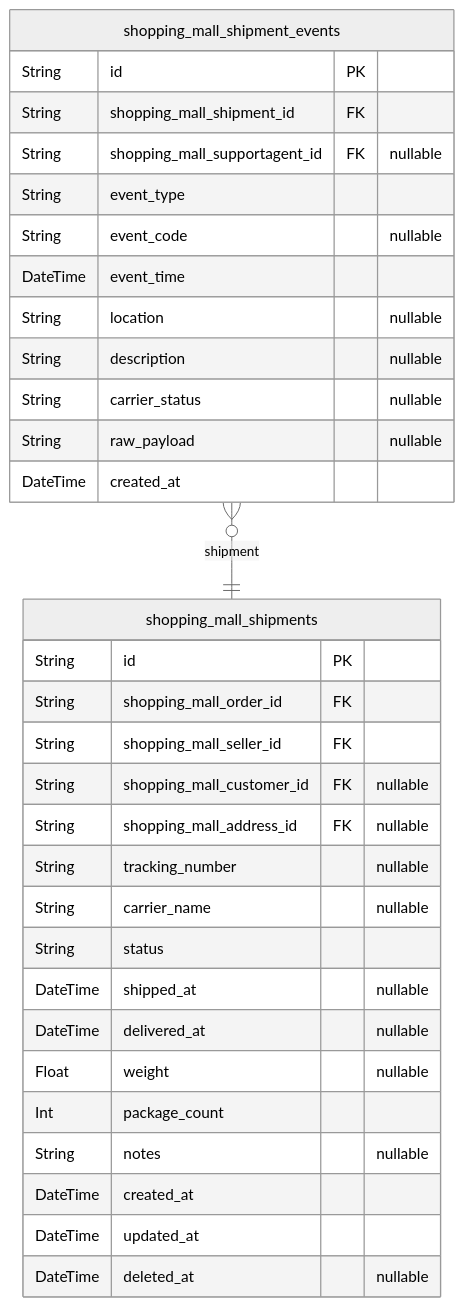
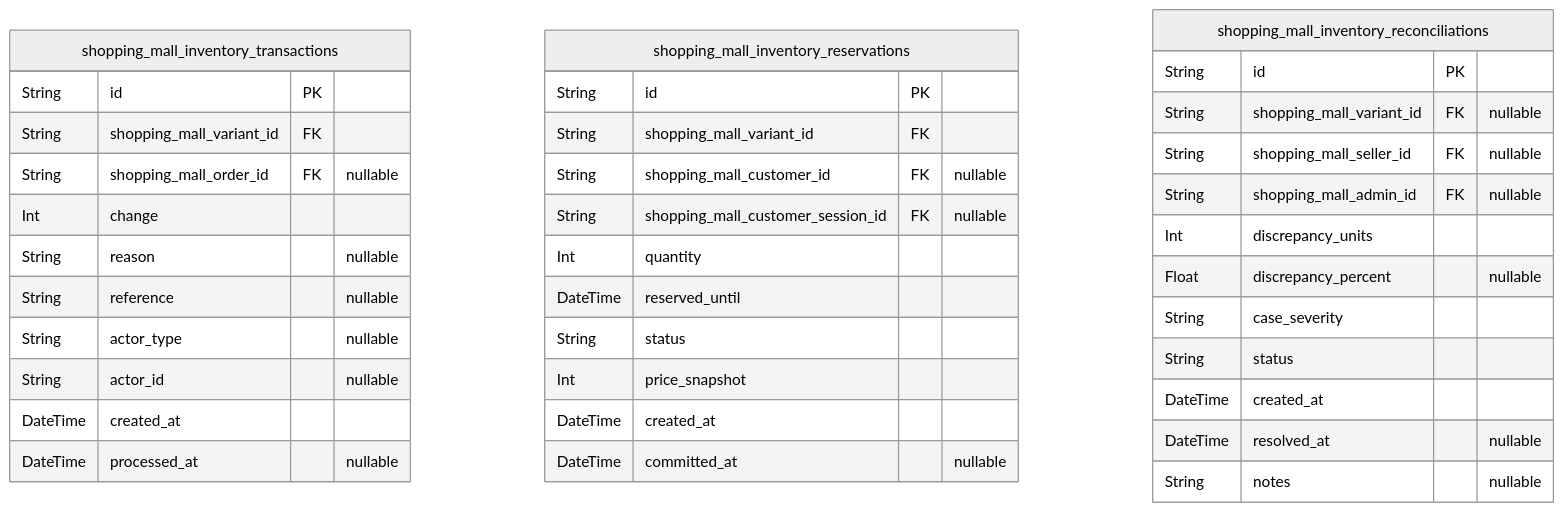
Before and after one commit to wrtnlabs/autobe-examples: the sixth of 11 diagrams in openai/gpt-5-mini/shopping/docs/ERD.md, drawn with Mermaid (neutral theme). The commit also changed other lines of this file and 16146 other files, not shown here.

````diff
--- a/openai/gpt-5-mini/shopping/docs/ERD.md
+++ b/openai/gpt-5-mini/shopping/docs/ERD.md
@@ -914,35 +1138,40 @@
 ```mermaid
 erDiagram
-"shopping_mall_shipments" {
+"shopping_mall_inventory_transactions" {
   String id PK
-  String shopping_mall_order_id FK
-  String shopping_mall_seller_id FK
+  String shopping_mall_variant_id FK
+  String shopping_mall_order_id FK "nullable"
+  Int change
+  String reason "nullable"
+  String reference "nullable"
+  String actor_type "nullable"
+  String actor_id "nullable"
+  DateTime created_at
+  DateTime processed_at "nullable"
+}
+"shopping_mall_inventory_reservations" {
+  String id PK
+  String shopping_mall_variant_id FK
   String shopping_mall_customer_id FK "nullable"
-  String shopping_mall_address_id FK "nullable"
-  String tracking_number "nullable"
-  String carrier_name "nullable"
+  String shopping_mall_customer_session_id FK "nullable"
+  Int quantity
+  DateTime reserved_until
   String status
-  DateTime shipped_at "nullable"
-  DateTime delivered_at "nullable"
-  Float weight "nullable"
-  Int package_count
+  Int price_snapshot
+  DateTime created_at
+  DateTime committed_at "nullable"
+}
+"shopping_mall_inventory_reconciliations" {
+  String id PK
+  String shopping_mall_variant_id FK "nullable"
+  String shopping_mall_seller_id FK "nullable"
+  String shopping_mall_admin_id FK "nullable"
+  Int discrepancy_units
+  Float discrepancy_percent "nullable"
+  String case_severity
+  String status
+  DateTime created_at
+  DateTime resolved_at "nullable"
   String notes "nullable"
-  DateTime created_at
-  DateTime updated_at
-  DateTime deleted_at "nullable"
 }
-"shopping_mall_shipment_events" {
-  String id PK
-  String shopping_mall_shipment_id FK
-  String shopping_mall_supportagent_id FK "nullable"
-  String event_type
-  String event_code "nullable"
-  DateTime event_time
-  String location "nullable"
-  String description "nullable"
-  String carrier_status "nullable"
-  String raw_payload "nullable"
-  DateTime created_at
-}
-"shopping_mall_shipment_events" }o--|| "shopping_mall_shipments" : shipment
 ```
````
